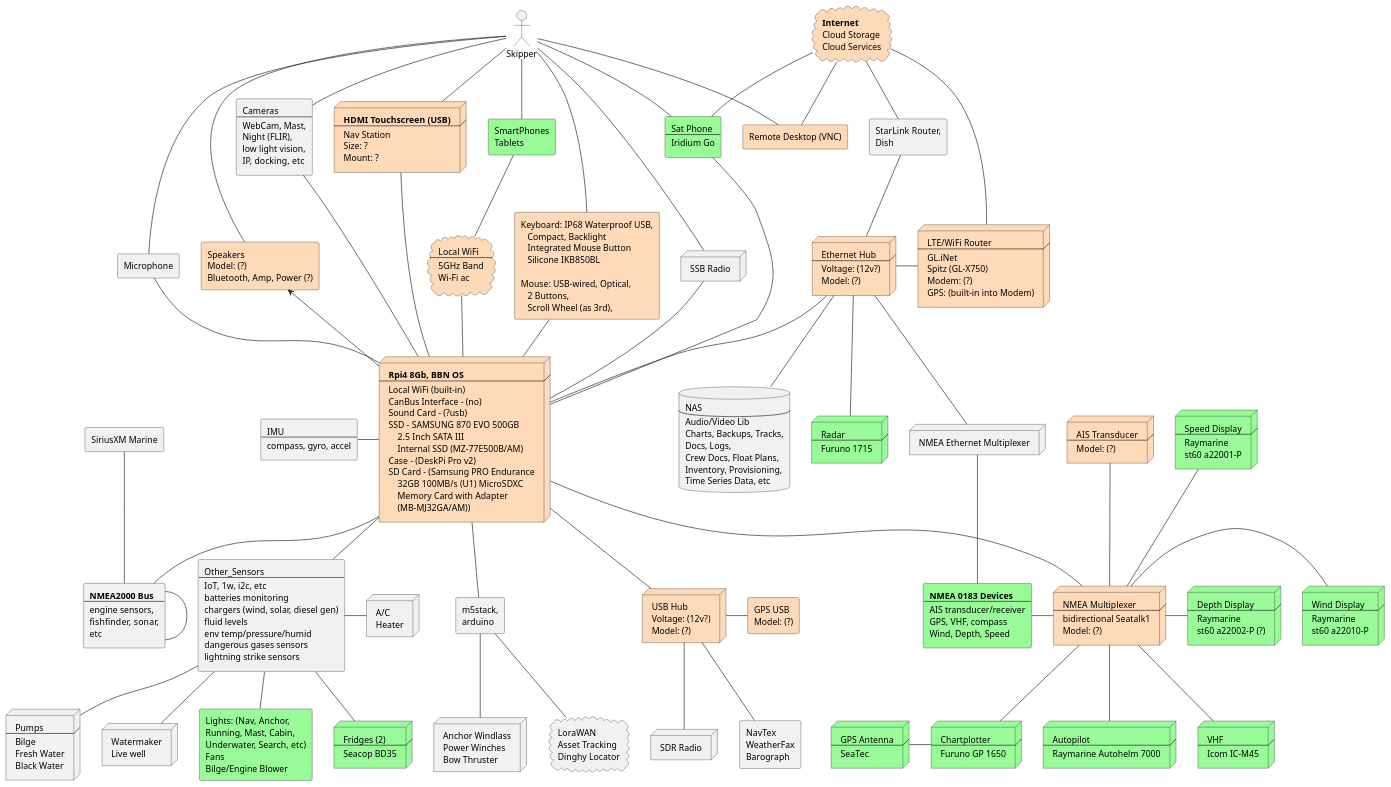
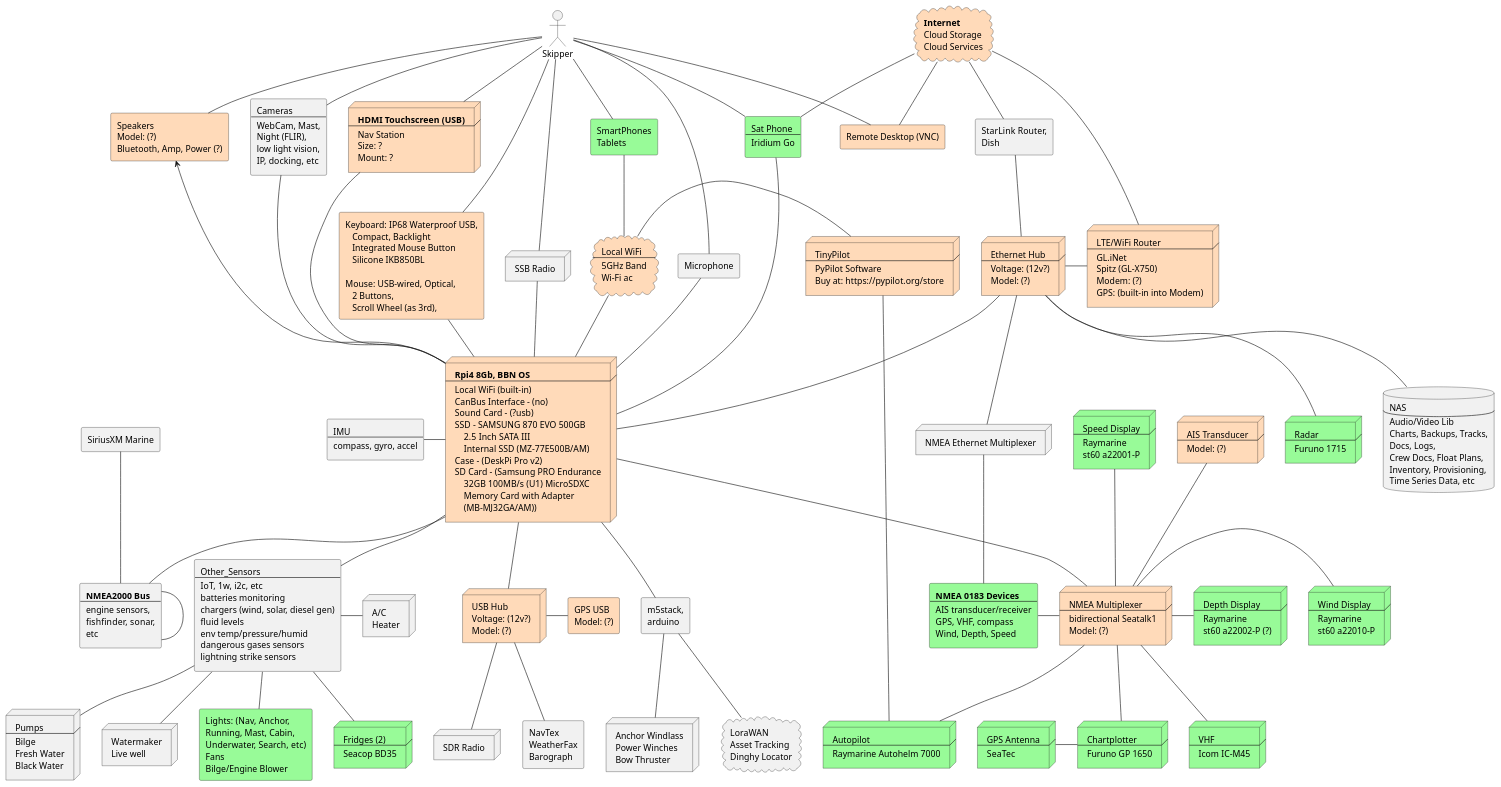
The diagram in docs/plantuml/alcazar-system-arch.puml (SY-Alcazar/SY-Alcazar), drawn with PlantUML before and after one commit.

Commit message:
alcazar system arch

```diff
--- a/docs/plantuml/alcazar-system-arch.puml
+++ b/docs/plantuml/alcazar-system-arch.puml
@@ -62,6 +62,13 @@
  Autopilot
  ---
  Raymarine Autohelm 7000
+]
+
+node AP_2 #peachpuff [
+ TinyPilot
+ ---
+ PyPilot Software
+ Buy at: https://pypilot.org/store
 ]
 
 node VHF #palegreen [
@@ -315,6 +322,8 @@
 RPI -u- Keyboard_Mouse
 
 SmartPhone -- WiFi_Local
+AP_2 -l- WiFi_Local
+AP_2 -- AP
 
 SiriusXM -- NMEA_2000
 NMEA_2000 -- NMEA_2000
```
